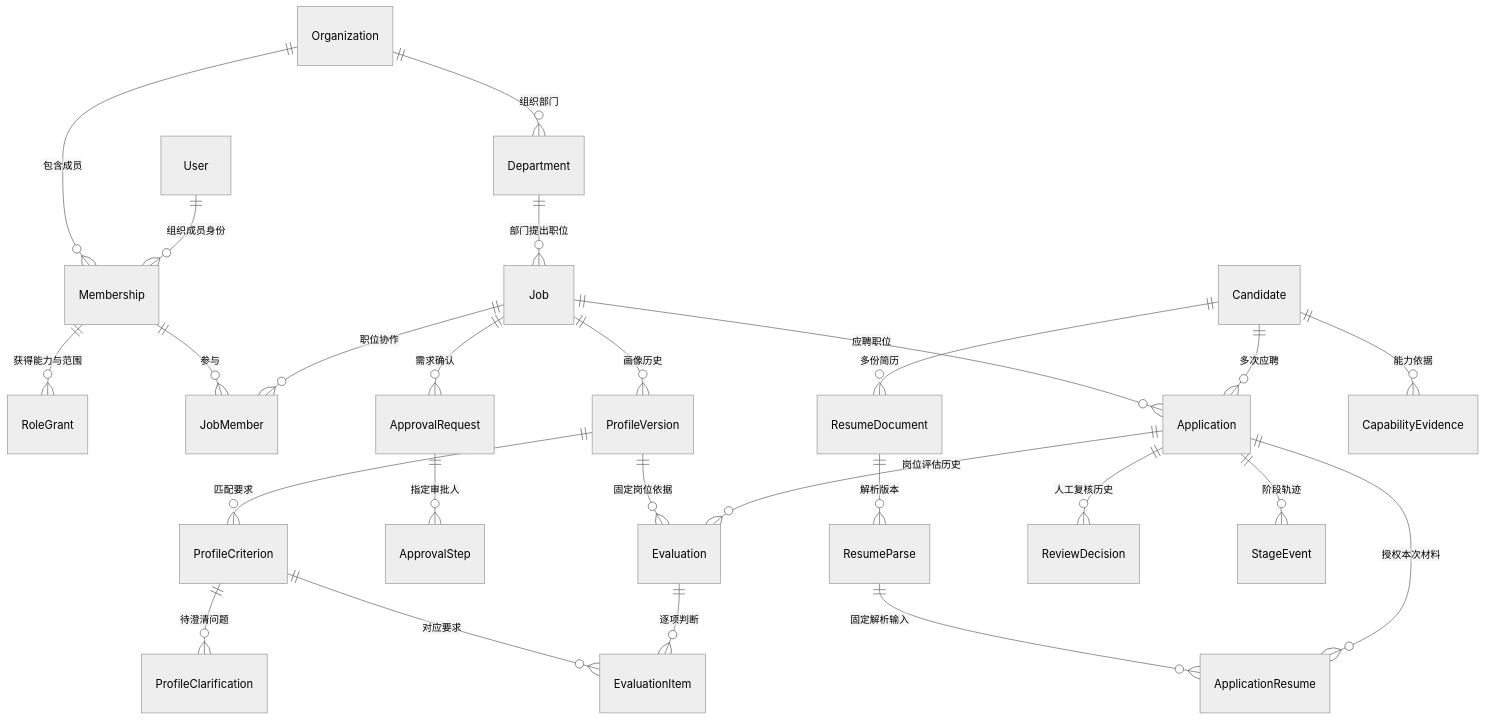
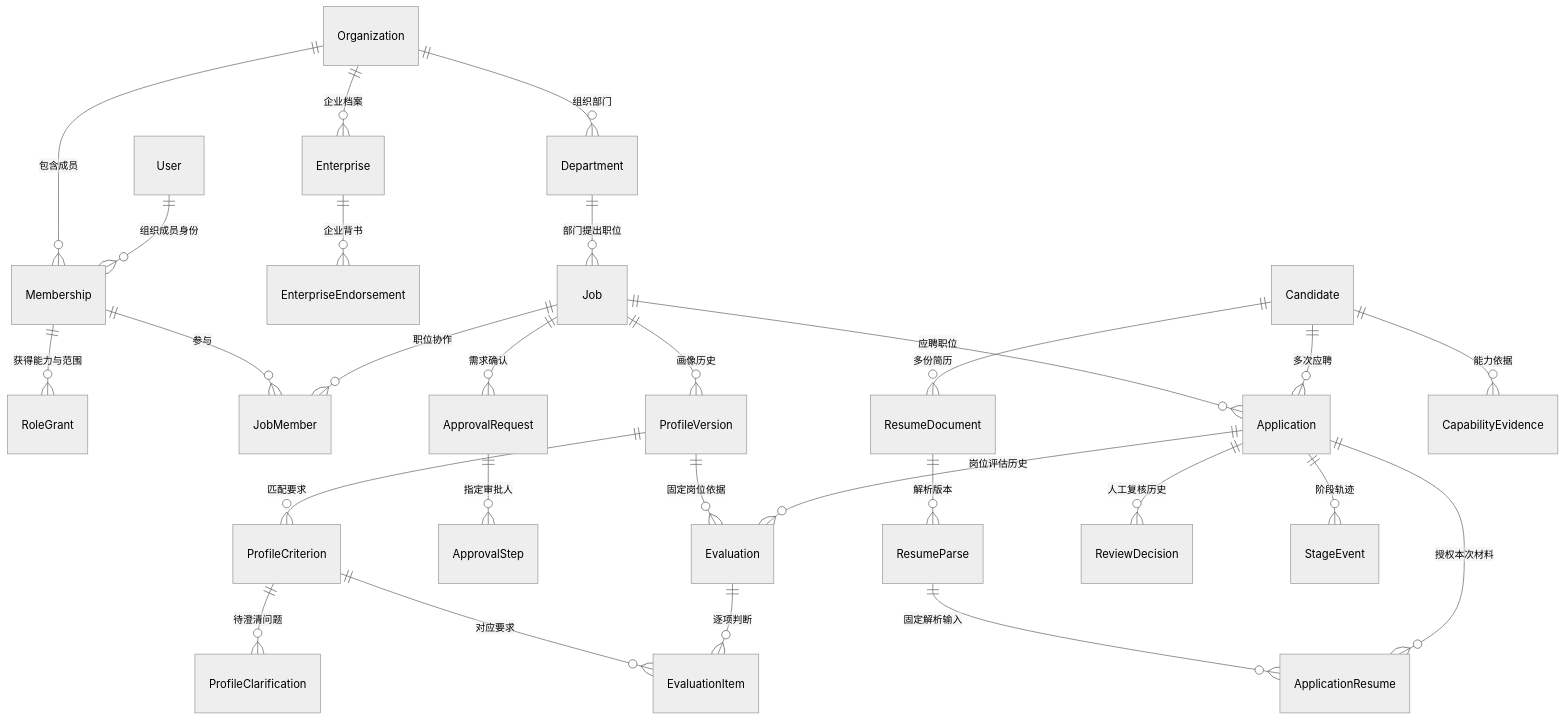
The first of 3 diagrams in docs/产品设计/06_数据库字典与实体关系.md (LinYiXin123/AI-Recruitment-System), drawn with Mermaid (neutral theme) before and after one commit. The commit also changed other lines of this file and 12 other files, not shown here.

````diff
--- a/docs/产品设计/06_数据库字典与实体关系.md
+++ b/docs/产品设计/06_数据库字典与实体关系.md
@@ -25,28 +25,30 @@
 ```mermaid
 erDiagram
     Organization ||--o{ Department : "组织部门"
     User ||--o{ Membership : "组织成员身份"
     Organization ||--o{ Membership : "包含成员"
+    Organization ||--o{ Enterprise : "企业档案"
+    Enterprise ||--o{ EnterpriseEndorsement : "企业背书"
     Membership ||--o{ RoleGrant : "获得能力与范围"
     Department ||--o{ Job : "部门提出职位"
     Job ||--o{ JobMember : "职位协作"
     Membership ||--o{ JobMember : "参与"
     Job ||--o{ ProfileVersion : "画像历史"
     ProfileVersion ||--o{ ProfileCriterion : "匹配要求"
     ProfileCriterion ||--o{ ProfileClarification : "待澄清问题"
     Job ||--o{ ApprovalRequest : "需求确认"
     ApprovalRequest ||--o{ ApprovalStep : "指定审批人"
     Candidate ||--o{ ResumeDocument : "多份简历"
     ResumeDocument ||--o{ ResumeParse : "解析版本"
     Candidate ||--o{ Application : "多次应聘"
     Job ||--o{ Application : "应聘职位"
     Application ||--o{ ApplicationResume : "授权本次材料"
     ResumeParse ||--o{ ApplicationResume : "固定解析输入"
     Application ||--o{ Evaluation : "岗位评估历史"
     ProfileVersion ||--o{ Evaluation : "固定岗位依据"
     Evaluation ||--o{ EvaluationItem : "逐项判断"
     ProfileCriterion ||--o{ EvaluationItem : "对应要求"
     Application ||--o{ ReviewDecision : "人工复核历史"
     Application ||--o{ StageEvent : "阶段轨迹"
     Candidate ||--o{ CapabilityEvidence : "能力依据"
 ```
````
